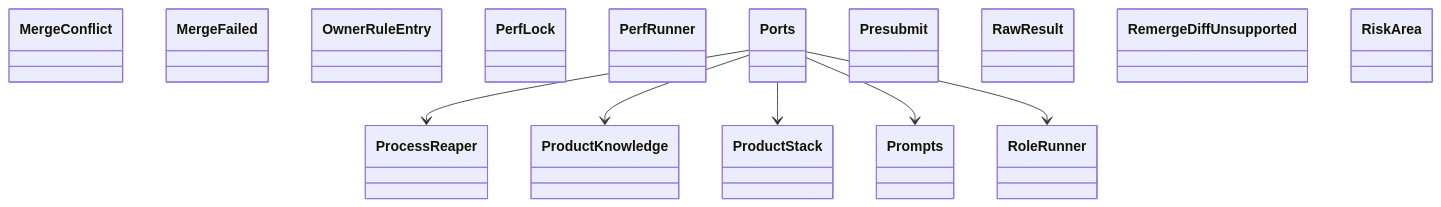
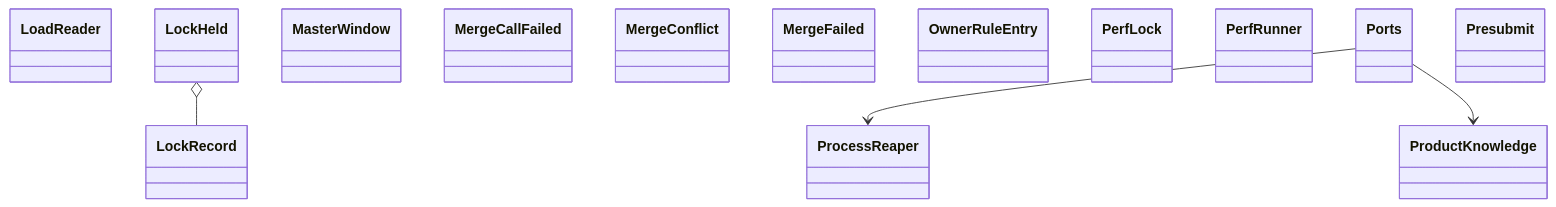
The diagram in docs/architecture/generated/classes-process-application-support-4.md (GonzaloZevallos/agentic-system), drawn with Mermaid before and after one commit. The commit also changed other lines of this file and 22 other files, not shown here.

Commit message:
Place the lesson decision module in the docs clusters and regenerate the architecture pages

````diff
--- a/docs/architecture/generated/classes-process-application-support-4.md
+++ b/docs/architecture/generated/classes-process-application-support-4.md
@@ -19,23 +20,20 @@
 ```mermaid
 classDiagram
+    class ports__LoadReader["LoadReader"]
+    class ports__LockHeld["LockHeld"]
+    class ports__LockRecord["LockRecord"]
+    class ports__MasterWindow["MasterWindow"]
+    class ports__MergeCallFailed["MergeCallFailed"]
     class ports__MergeConflict["MergeConflict"]
     class ports__MergeFailed["MergeFailed"]
     class ports__OwnerRuleEntry["OwnerRuleEntry"]
     class ports__PerfLock["PerfLock"]
     class ports__PerfRunner["PerfRunner"]
     class ports__Ports["Ports"]
     class ports__Presubmit["Presubmit"]
     class ports__ProcessReaper["ProcessReaper"]
     class ports__ProductKnowledge["ProductKnowledge"]
-    class ports__ProductStack["ProductStack"]
-    class ports__Prompts["Prompts"]
-    class ports__RawResult["RawResult"]
-    class ports__RemergeDiffUnsupported["RemergeDiffUnsupported"]
-    class ports__RiskArea["RiskArea"]
-    class ports__RoleRunner["RoleRunner"]
+    ports__LockHeld o-- ports__LockRecord
     ports__Ports --> ports__ProcessReaper
     ports__Ports --> ports__ProductKnowledge
-    ports__Ports --> ports__ProductStack
-    ports__Ports --> ports__Prompts
-    ports__Ports --> ports__RoleRunner
 ```
````
